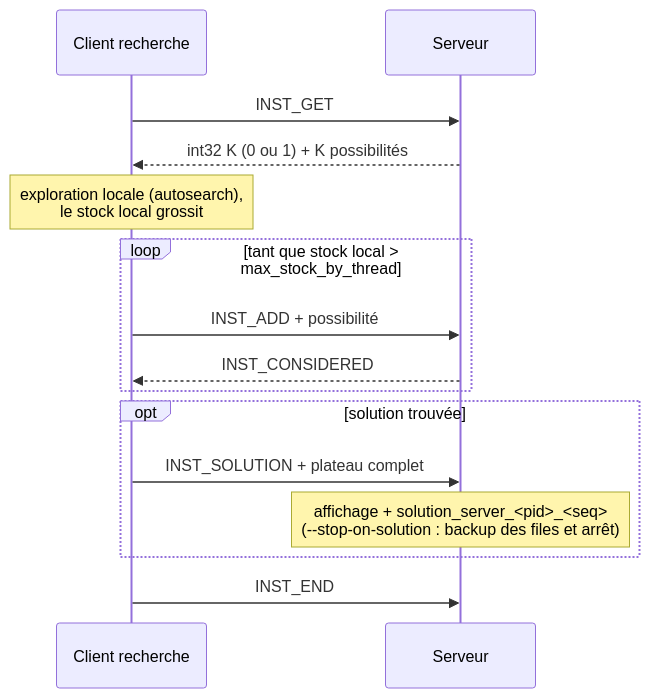
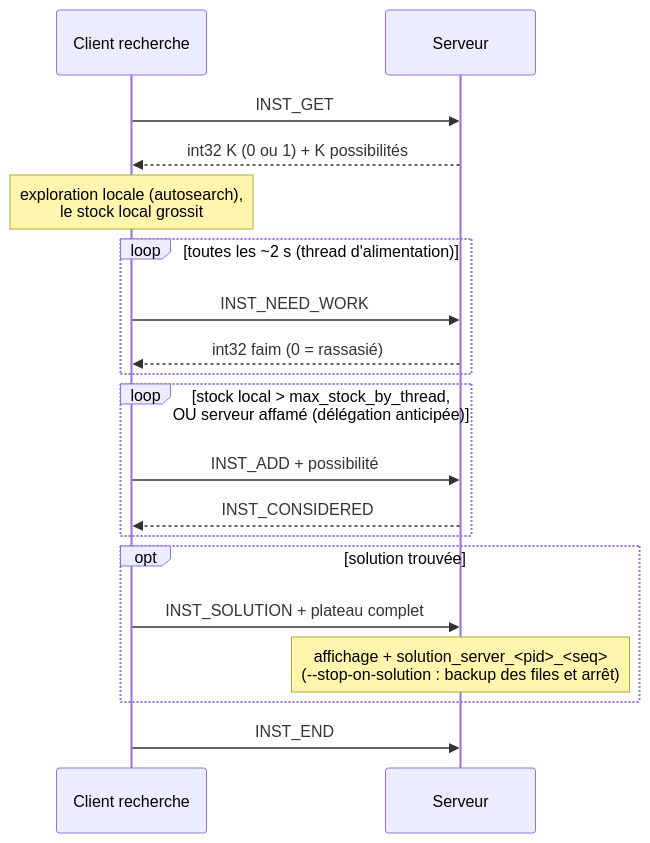
The third of 5 diagrams in docs/echanges_client_serveur.md (xaviergriffon/eternityII), drawn with Mermaid before and after one commit. The commit also changed other lines of this file and 1 other file, not shown here.

Commit message:
doc: échanges client/serveur et autosearch_step à jour du protocole v8 (INST_NEED_WORK, délégation anticipée, delegate_buf)

````diff
--- a/docs/echanges_client_serveur.md
+++ b/docs/echanges_client_serveur.md
@@ -90,17 +92,21 @@
 ```mermaid
 sequenceDiagram
     participant C as Client recherche
     participant S as Serveur
     C->>S: INST_GET
     S-->>C: int32 K (0 ou 1) + K possibilités
     Note over C: exploration locale (autosearch),<br/>le stock local grossit
-    loop tant que stock local > max_stock_by_thread
+    loop toutes les ~2 s (thread d'alimentation)
+        C->>S: INST_NEED_WORK
+        S-->>C: int32 faim (0 = rassasié)
+    end
+    loop stock local > max_stock_by_thread,<br/>OU serveur affamé (délégation anticipée)
         C->>S: INST_ADD + possibilité
         S-->>C: INST_CONSIDERED
     end
     opt solution trouvée
         C->>S: INST_SOLUTION + plateau complet
         Note over S: affichage + solution_server_<pid>_<seq><br/>(--stop-on-solution : backup des files et arrêt)
     end
     C->>S: INST_END
 ```
````
